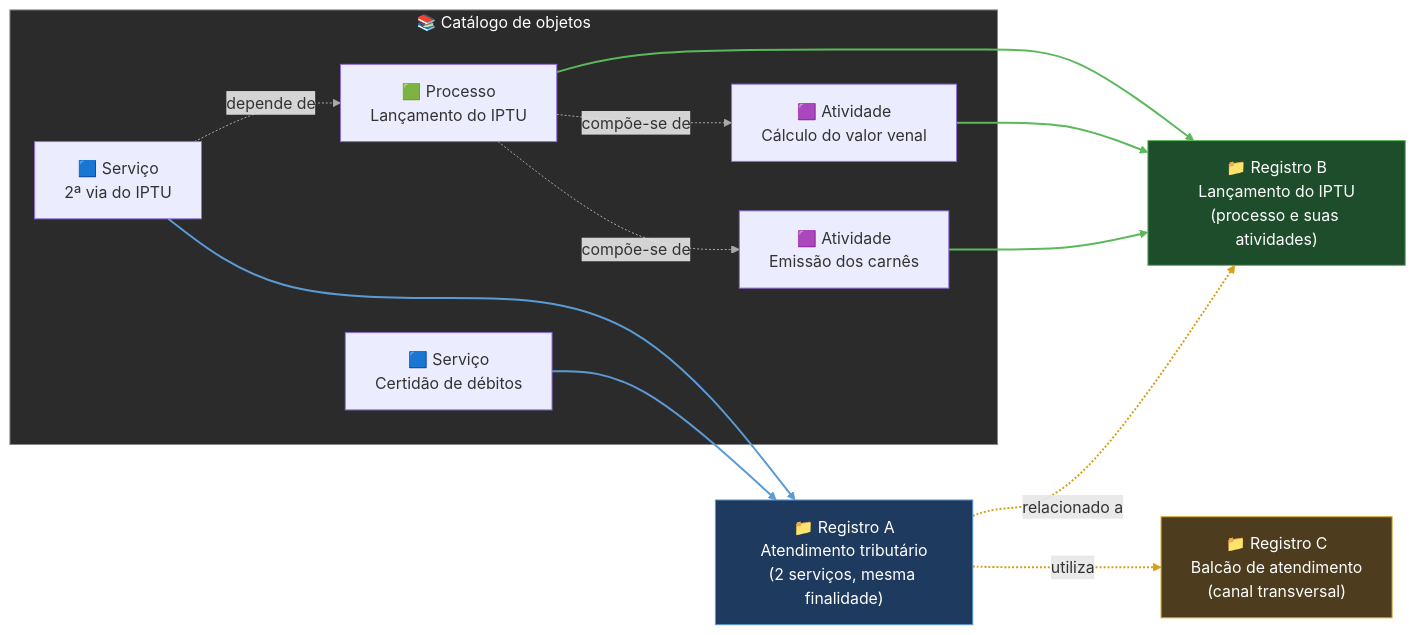
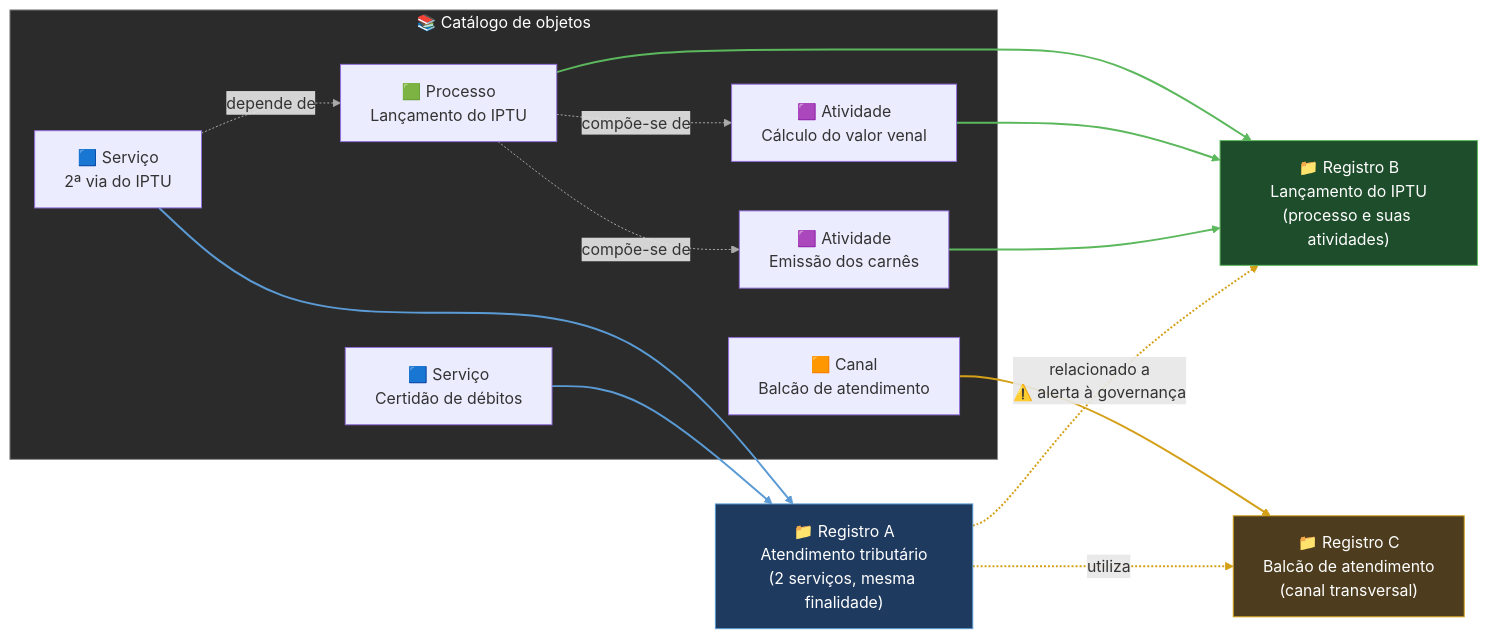
One commit to ailtonfv/governanca-lgpd-hortolandia changed the fourth of 4 diagrams in README.md. Above: the diagram before and after it, drawn with Mermaid. The commit also changed other lines of this file and 6 other files, not shown here.

Commit message:
Etapa 2b: trava contra duplicidade; README com canal e alerta

````diff
--- a/README.md
+++ b/README.md
@@ -86,31 +87,34 @@
 ```mermaid
 flowchart LR
     subgraph CAT["📚 Catálogo de objetos"]
         S1["🟦 Serviço<br/>2ª via do IPTU"]
         S2["🟦 Serviço<br/>Certidão de débitos"]
         P1["🟩 Processo<br/>Lançamento do IPTU"]
         A1["🟪 Atividade<br/>Cálculo do valor venal"]
         A2["🟪 Atividade<br/>Emissão dos carnês"]
+        CN["🟧 Canal<br/>Balcão de atendimento"]
         S1 -. "depende de" .-> P1
         P1 -. "compõe-se de" .-> A1
         P1 -. "compõe-se de" .-> A2
     end
     RA["📁 Registro A<br/>Atendimento tributário<br/>(2 serviços, mesma finalidade)"]
     RB["📁 Registro B<br/>Lançamento do IPTU<br/>(processo e suas atividades)"]
     RC["📁 Registro C<br/>Balcão de atendimento<br/>(canal transversal)"]
     S1 --> RA
     S2 --> RA
     P1 --> RB
     A1 --> RB
     A2 --> RB
+    CN --> RC
     RA -. "utiliza" .-> RC
-    RA -. "relacionado a" .-> RB
+    RA -. "relacionado a<br/>⚠️ alerta à governança" .-> RB
     style CAT fill:#2b2b2b,stroke:#888,color:#fff
     style RA fill:#1e3a5f,stroke:#5b9bd5,color:#fff
     style RB fill:#1e4d2b,stroke:#5cb85c,color:#fff
     style RC fill:#4d3d1e,stroke:#d4a017,color:#fff
     linkStyle 0,1,2 stroke:#aaaaaa
     linkStyle 3,4 stroke:#5b9bd5,stroke-width:2px
     linkStyle 5,6,7 stroke:#5cb85c,stroke-width:2px
-    linkStyle 8,9 stroke:#d4a017,stroke-width:2px
+    linkStyle 8 stroke:#d4a017,stroke-width:2px
+    linkStyle 9,10 stroke:#d4a017,stroke-width:2px
 ```
````
